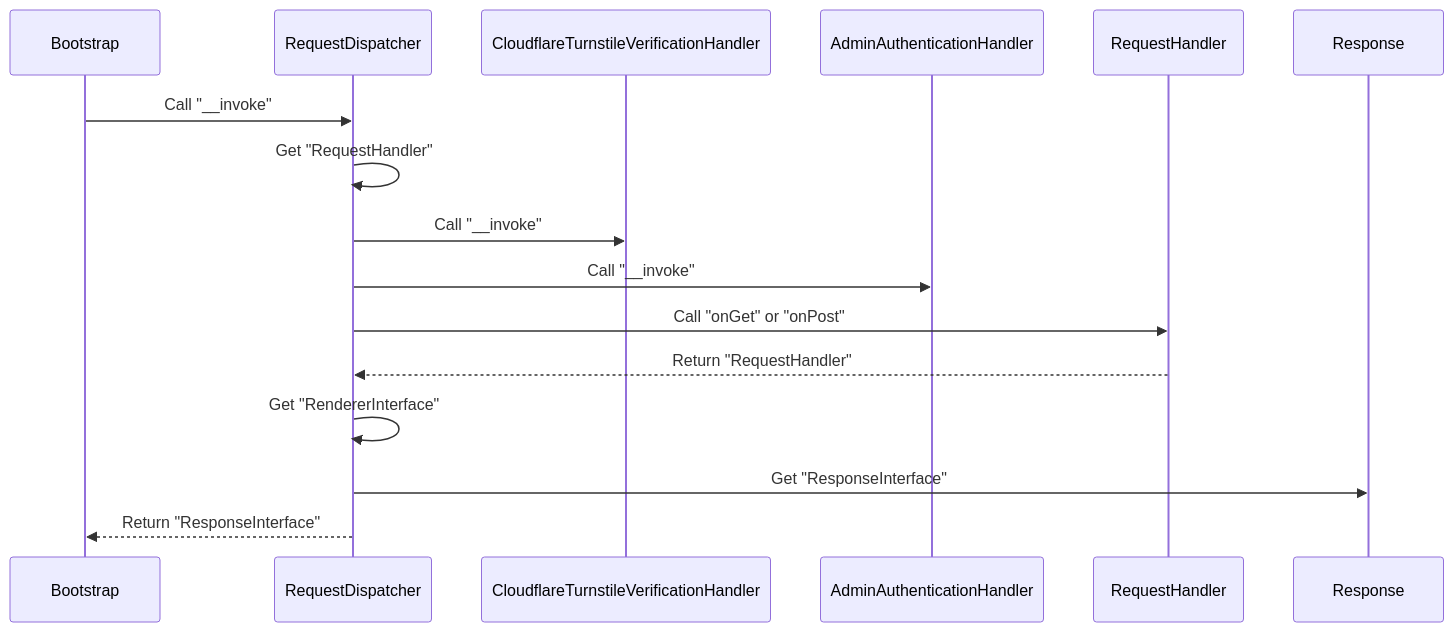
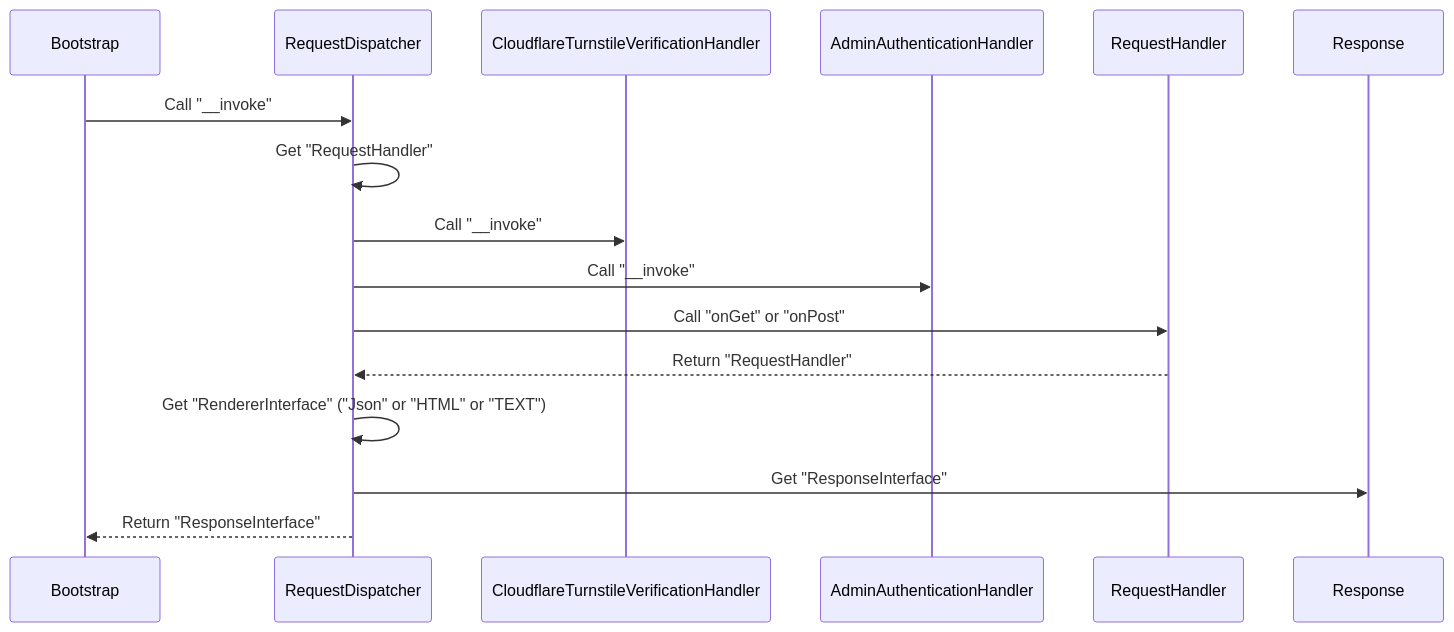
One commit to apple-x-co/aura-app changed the diagram in README.md. Above: the diagram before and after it, drawn with Mermaid.

````diff
--- a/README.md
+++ b/README.md
@@ -28,12 +28,12 @@
 ```mermaid
 sequenceDiagram
     Bootstrap ->> RequestDispatcher: Call "__invoke"
     RequestDispatcher ->> RequestDispatcher: Get "RequestHandler"
     RequestDispatcher ->> CloudflareTurnstileVerificationHandler: Call "__invoke"
     RequestDispatcher ->> AdminAuthenticationHandler: Call "__invoke"
     RequestDispatcher ->> RequestHandler: Call "onGet" or "onPost"
     RequestHandler -->> RequestDispatcher: Return "RequestHandler"
-    RequestDispatcher ->> RequestDispatcher: Get "RendererInterface"
+    RequestDispatcher ->> RequestDispatcher: Get "RendererInterface" ("Json" or "HTML" or "TEXT")
     RequestDispatcher ->> Response: Get "ResponseInterface"
     RequestDispatcher -->> Bootstrap: Return "ResponseInterface"
 ```
````
